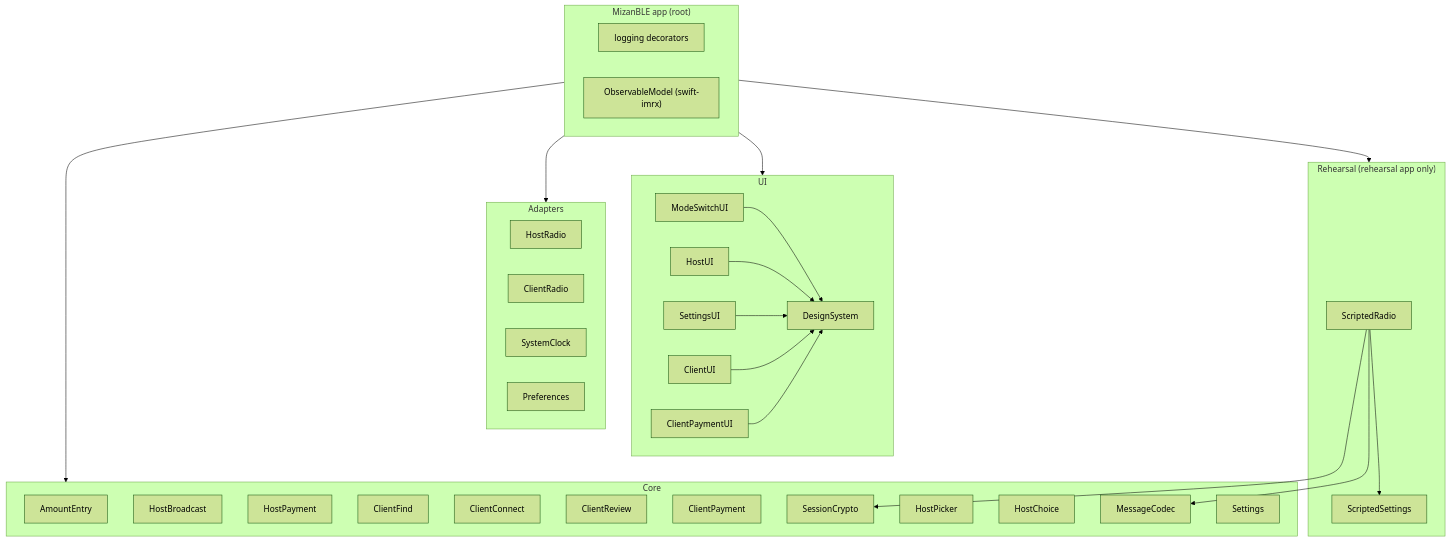
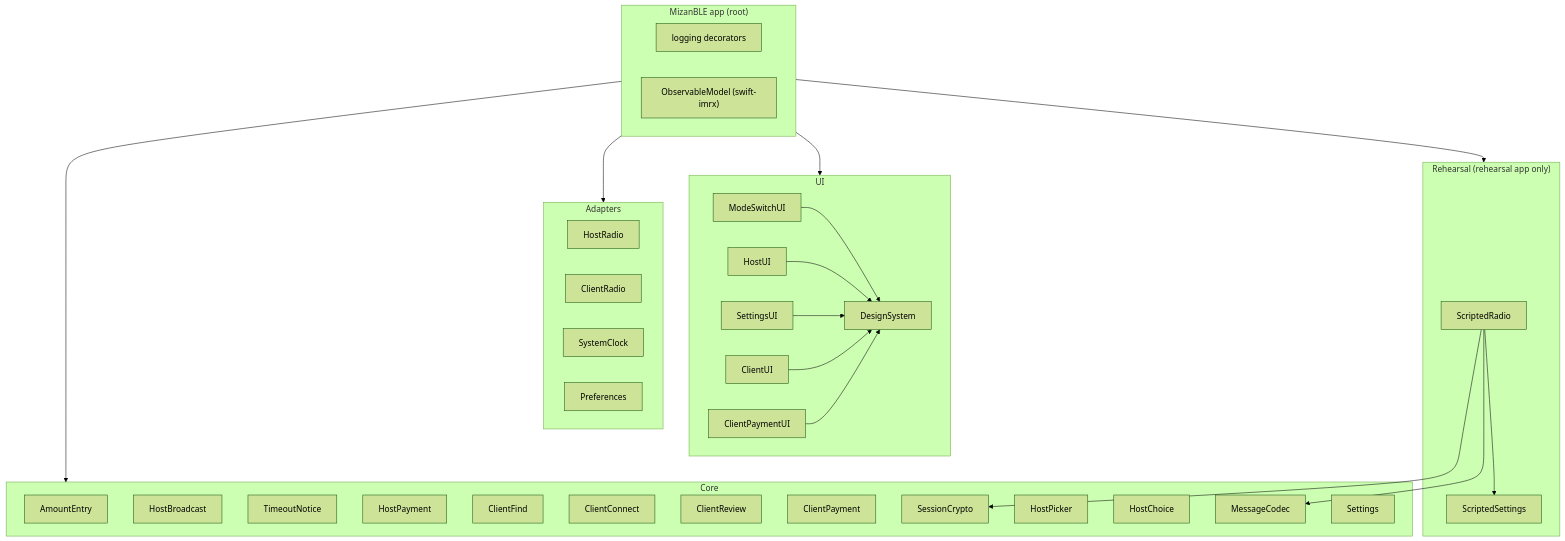
One commit to igor1309/ai-labs changed the diagram in mizan-ble/ARCHITECTURE.md. Above: the diagram before and after it, drawn with Mermaid (forest theme). The commit also changed other lines of this file and 4 other files, not shown here.

Commit message:
Specify the timeout notice: 30 s or the operator's action (LAB-791)

````diff
--- a/mizan-ble/ARCHITECTURE.md
+++ b/mizan-ble/ARCHITECTURE.md
@@ -121,43 +122,44 @@
 ```mermaid
 flowchart TB
   subgraph Root["MizanBLE app (root)"]
     Log[logging decorators]
     Model["ObservableModel (swift-imrx)"]
   end
   subgraph UI
     ModeSwitchUI --> DesignSystem
     HostUI --> DesignSystem
     SettingsUI --> DesignSystem
     ClientUI --> DesignSystem
     ClientPaymentUI --> DesignSystem
   end
   subgraph Core
     AmountEntry
     HostBroadcast
+    TimeoutNotice
     HostPayment
     ClientFind
     ClientConnect
     ClientReview
     ClientPayment
     SessionCrypto
     HostPicker
     HostChoice
     MessageCodec
     Settings
   end
   subgraph Adapters
     HostRadio
     ClientRadio
     SystemClock
     Preferences
   end
   subgraph Rehearsal["Rehearsal (rehearsal app only)"]
     ScriptedRadio --> ScriptedSettings
     ScriptedRadio --> SessionCrypto
     ScriptedRadio --> MessageCodec
   end
   Root --> UI
   Root --> Core
   Root --> Adapters
   Root --> Rehearsal
 ```
````
